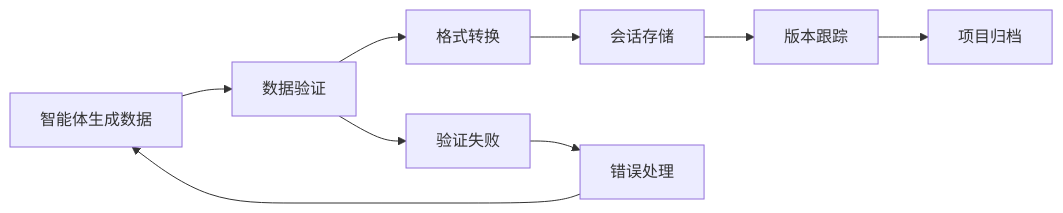
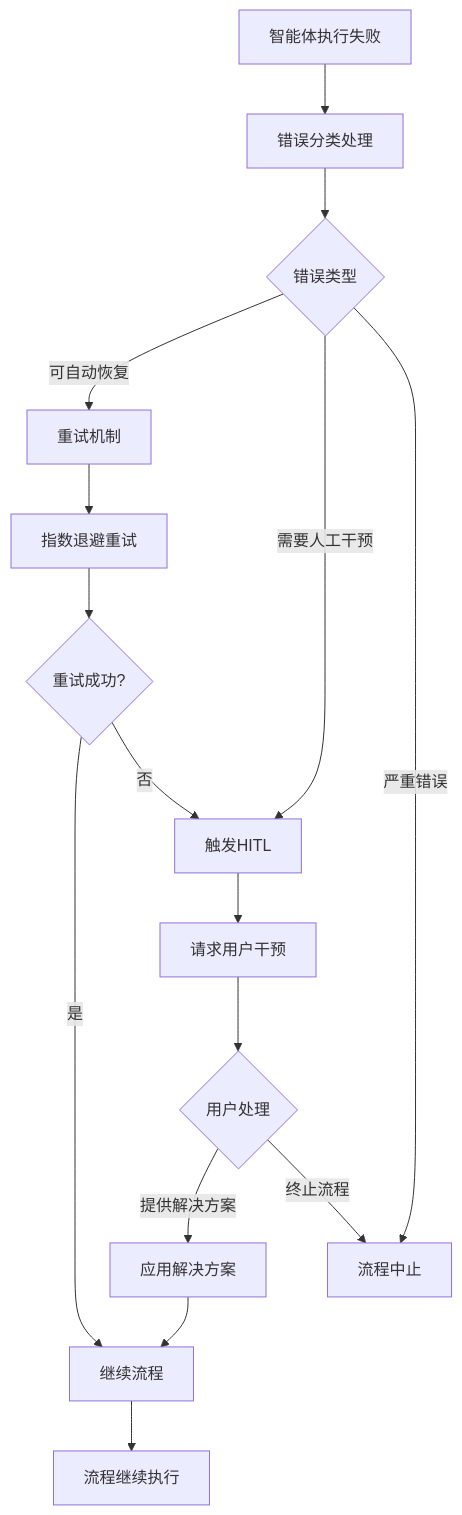
One commit to sopaco/cowork-forge changed the tenth of 11 diagrams in litho.docs/zh/2、架构概览.md. Above: the diagram before and after it, drawn with Mermaid. The commit also changed other lines of this file and 26 other files, not shown here.

````diff
--- a/litho.docs/zh/2、架构概览.md
+++ b/litho.docs/zh/2、架构概览.md
@@ -458,12 +549,21 @@
 ```mermaid
-graph LR
-    A[智能体生成数据] --> B[数据验证]
-    B --> C[格式转换]
-    C --> D[会话存储]
-    D --> E[版本跟踪]
-    E --> F[项目归档]
+graph TD
+    A[智能体执行失败] --> B[错误分类处理]
+    B --> C{错误类型}
+    C -->|可自动恢复| D[重试机制]
+    C -->|需要人工干预| E[触发HITL]
+    C -->|严重错误| F[流程中止]
     
-    B --> G[验证失败]
-    G --> H[错误处理]
-    H --> A
+    D --> G[指数退避重试]
+    G --> H{重试成功?}
+    H -->|是| I[继续流程]
+    H -->|否| E
+    
+    E --> J[请求用户干预]
+    J --> K{用户处理}
+    K -->|提供解决方案| L[应用解决方案]
+    K -->|终止流程| F
+    L --> I
+    
+    I --> M[流程继续执行]
 ```
````
